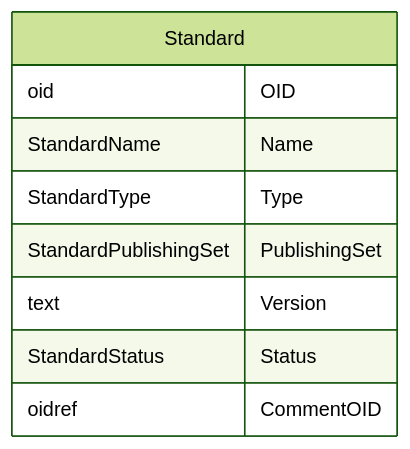
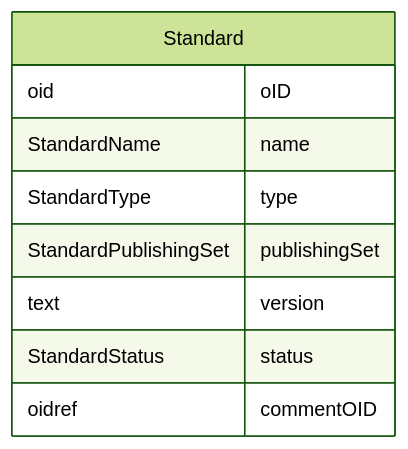
One commit to cdisc-org/DataExchange-ODM-LinkML changed the diagram in docs/Standard.md. Above: the diagram before and after it, drawn with Mermaid (forest theme). The commit also changed other lines of this file and 759 other files, not shown here.

````diff
--- a/docs/Standard.md
+++ b/docs/Standard.md
@@ -11,15 +11,15 @@
 ```mermaid
 erDiagram
 Standard {
-    oid OID  
-    StandardName Name  
-    StandardType Type  
-    StandardPublishingSet PublishingSet  
-    text Version  
-    StandardStatus Status  
-    oidref CommentOID  
+    oid oID  
+    StandardName name  
+    StandardType type  
+    StandardPublishingSet publishingSet  
+    text version  
+    StandardStatus status  
+    oidref commentOID  
 }
 
 
 
 ```
````
